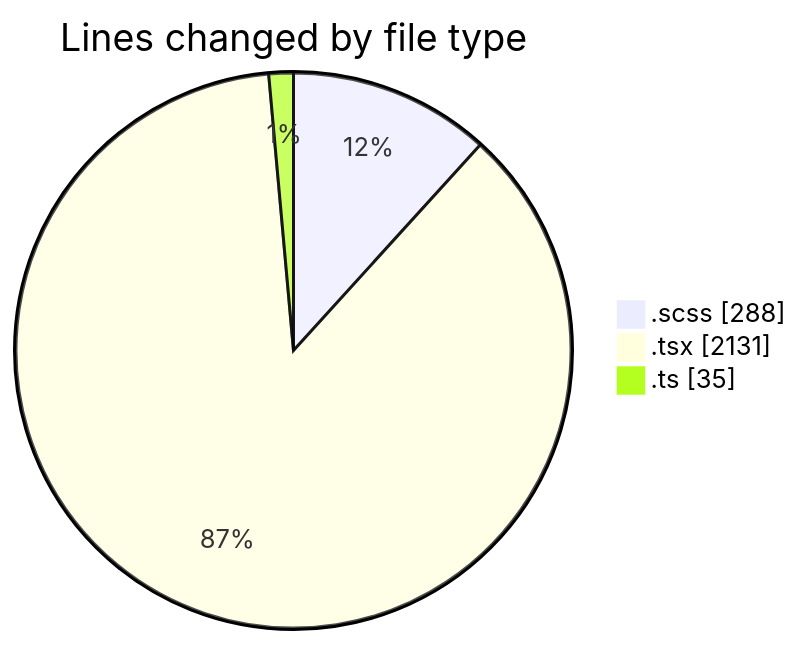
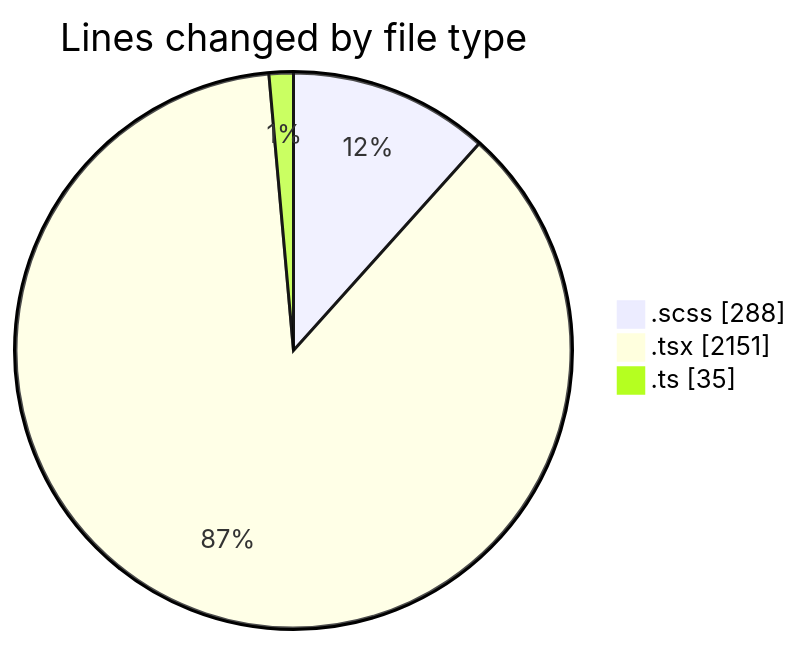
The first of 2 diagrams in 2025-02-10/cda/README.md (momahboobian/code-tracking), drawn with Mermaid before and after one commit. The commit also changed other lines of this file and 1 other file, not shown here.

````diff
--- a/2025-02-10/cda/README.md
+++ b/2025-02-10/cda/README.md
@@ -25,7 +25,7 @@
 ```mermaid
 pie showData
 title Lines changed by file type
 ".scss" : 288
-".tsx" : 2131
+".tsx" : 2151
 ".ts" : 35
 ```
````
